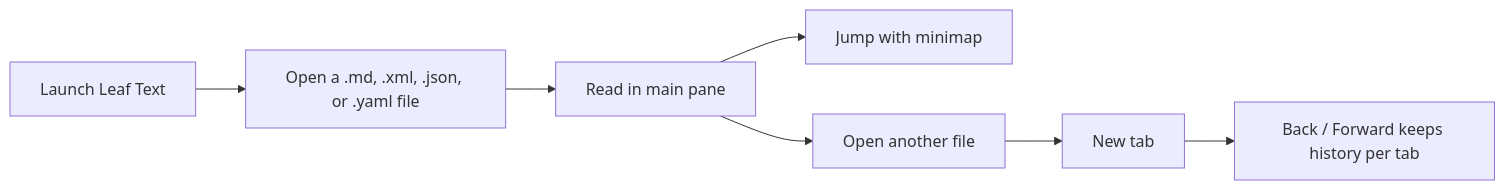
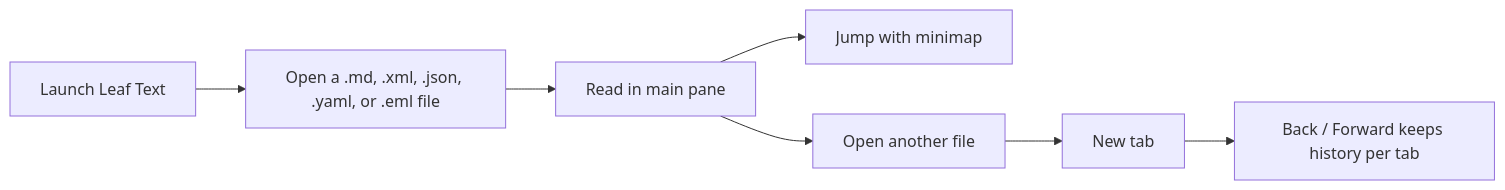
The diagram in docs/03-quickstart.md (ryanallen/leaftext), drawn with Mermaid before and after one commit. The commit also changed other lines of this file and 21 other files, not shown here.

Commit message:
Open .eml email files: subject, headers, body, inline images, and attachments rendered; .mht/.mhtml too

````diff
--- a/docs/03-quickstart.md
+++ b/docs/03-quickstart.md
@@ -17,9 +17,9 @@
 ```mermaid
 flowchart LR
-    A[Launch Leaf Text] --> B[Open a .md, .xml, .json, or .yaml file]
+    A[Launch Leaf Text] --> B[Open a .md, .xml, .json, .yaml, or .eml file]
     B --> C[Read in main pane]
     C --> D[Jump with minimap]
     C --> E[Open another file]
     E --> F[New tab]
     F --> G[Back / Forward keeps history per tab]
 ```
````
